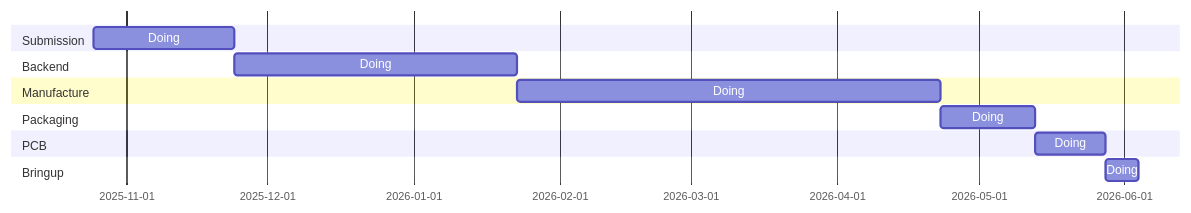
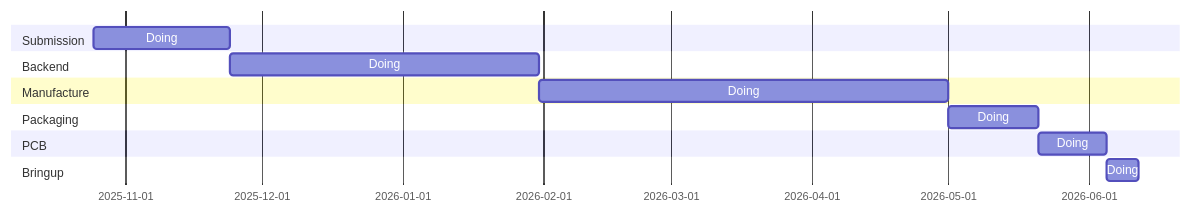
The diagram in profile/README.md (openecos-projects/.github), drawn with Mermaid before and after one commit.

Commit message:
docs: update the date of submit gds to fab

````diff
--- a/profile/README.md
+++ b/profile/README.md
@@ -38,16 +38,16 @@
   ```mermaid
   gantt
     dateFormat YYYY-MM
     section Submission
       Doing: a1, 2025-10-25, 30d
     section Backend
-      Doing: b1, after a1, 60d
+      Doing: b1, after a1, 68d
     section Manufacture
       Doing: d1, after b1, 90d
     section Packaging
       Doing: e1, after d1, 20d
     section PCB
       Doing: f1, after e1, 15d
     section Bringup
       Doing: g1, after f1, 7d
   ```
````
